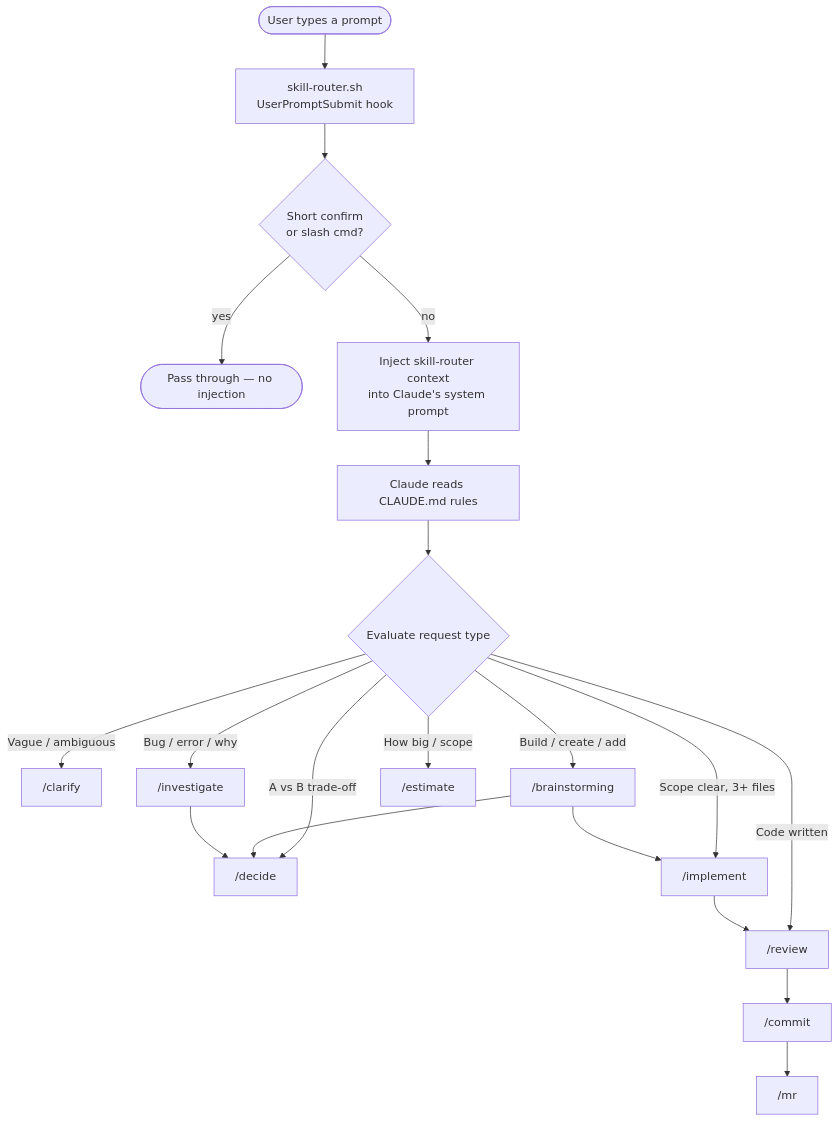
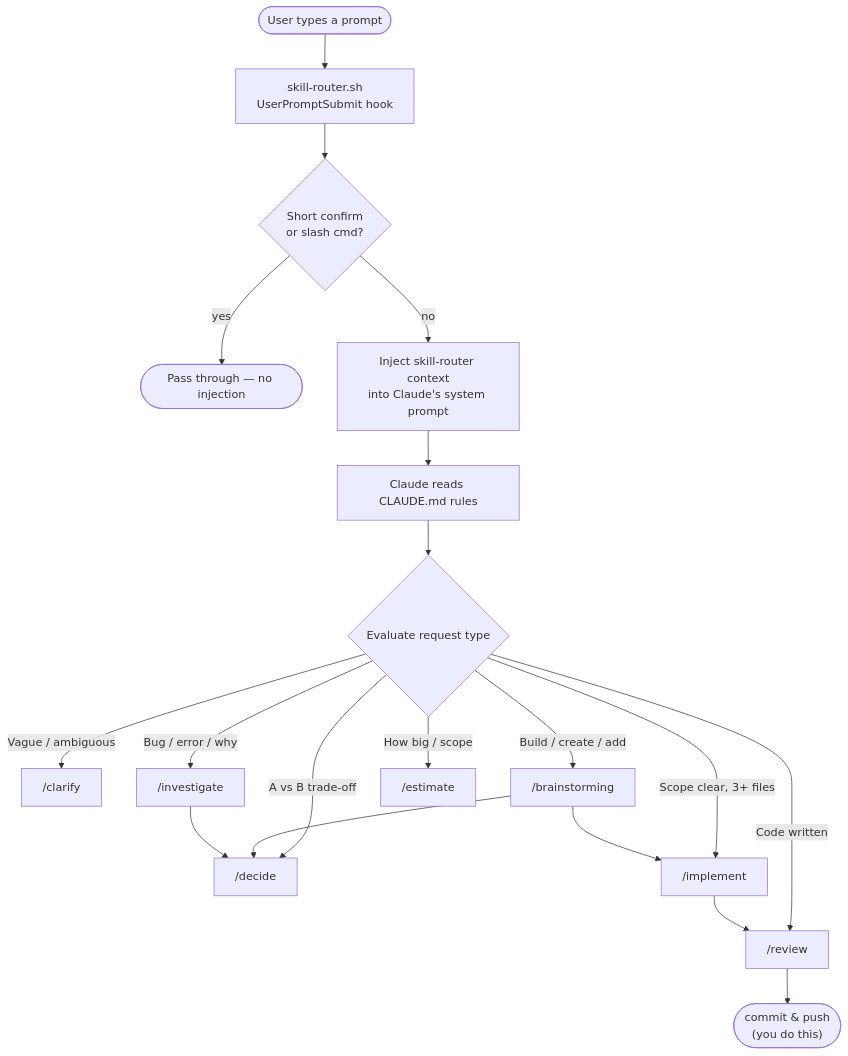
Before and after one commit to hohieuu/hkit: the second of 3 diagrams in README.md, drawn with Mermaid. The commit also changed other lines of this file, not shown here.

Commit message:
update README diagrams: remove /commit and /mr, show user does it

````diff
--- a/README.md
+++ b/README.md
@@ -73,24 +73,23 @@
 ```mermaid
 flowchart TD
     A([User types a prompt]) --> B[skill-router.sh\nUserPromptSubmit hook]
     B --> C{Short confirm\nor slash cmd?}
     C -->|yes| Z([Pass through — no injection])
     C -->|no| D[Inject skill-router context\ninto Claude's system prompt]
     D --> E[Claude reads CLAUDE.md rules]
     E --> F{Evaluate request type}
 
     F -->|Vague / ambiguous| G["/clarify"]
     F -->|Build / create / add| H["/brainstorming"]
     F -->|Bug / error / why| I["/investigate"]
     F -->|A vs B trade-off| J["/decide"]
     F -->|How big / scope| K["/estimate"]
     F -->|Scope clear, 3+ files| L["/implement"]
     F -->|Code written| M["/review"]
 
     H --> J
     H --> L
     I --> J
     L --> M
-    M --> N["/commit"]
-    N --> O["/mr"]
+    M --> N(["commit & push\n(you do this)"])
 ```
````
